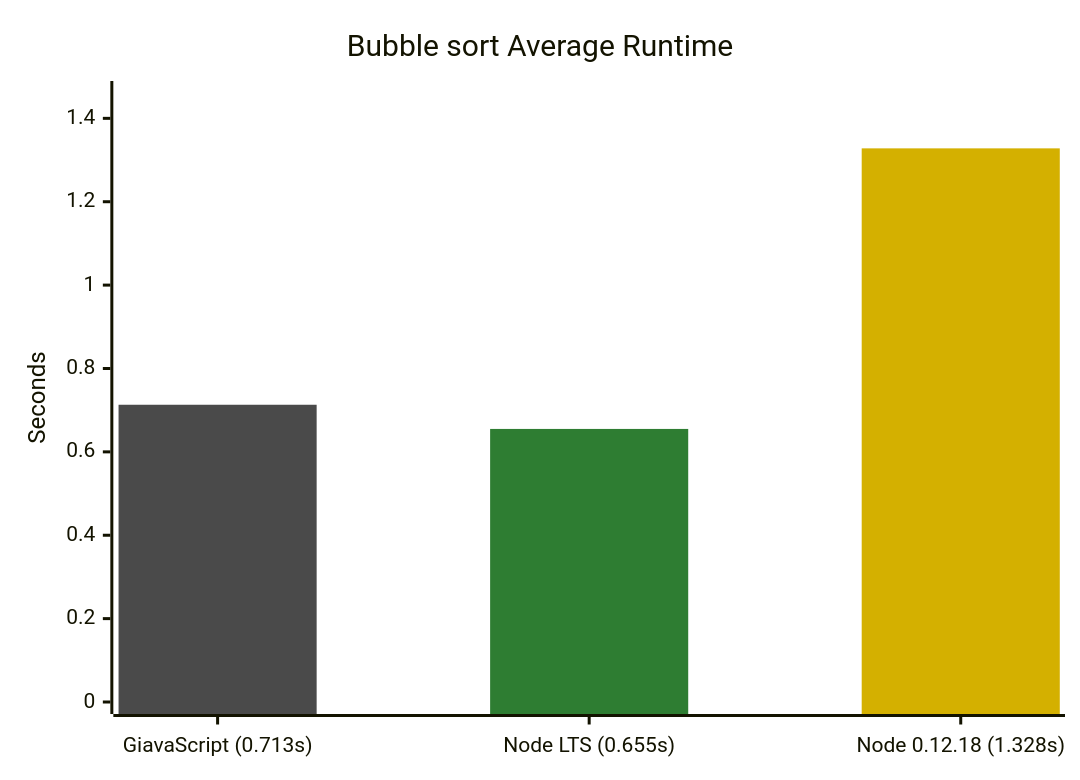
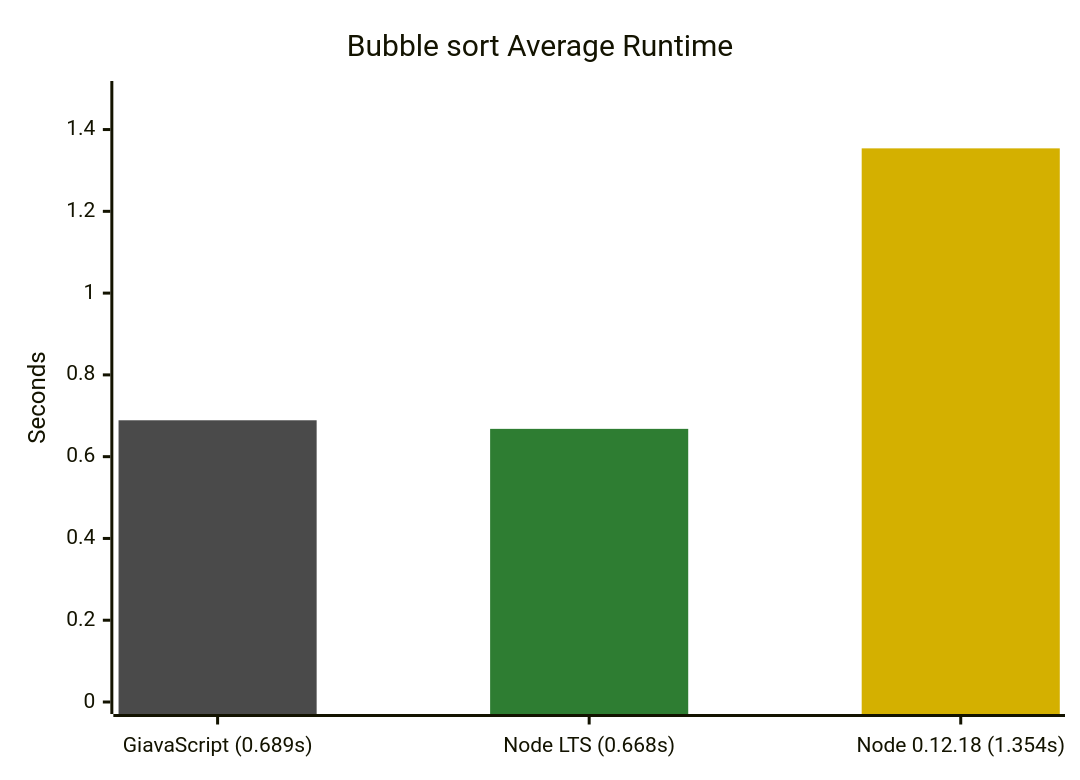
One commit to GiavaScript/GiavaScript changed the first of 5 diagrams in README.md. Above: the diagram before and after it, drawn with Mermaid. The commit also changed other lines of this file and 1 other file, not shown here.

````diff
--- a/README.md
+++ b/README.md
@@ -77,10 +79,10 @@
 ```mermaid
 %%{init: {"themeVariables": {"xyChart": {"plotColorPalette": "#4a4a4a, #2e7d32, #d4b000"}}}}%%
 xychart-beta
     title "Bubble sort Average Runtime"
-    x-axis ["GiavaScript (0.713s)", "Node LTS (0.655s)", "Node 0.12.18 (1.328s)"]
-    y-axis "Seconds" 0 --> 1.4608
-    bar [0.713, -1, -1]
-    bar [-1, 0.655, -1]
-    bar [-1, -1, 1.328]
+    x-axis ["GiavaScript (0.689s)", "Node LTS (0.668s)", "Node 0.12.18 (1.354s)"]
+    y-axis "Seconds" 0 --> 1.4894
+    bar [0.689, -1, -1]
+    bar [-1, 0.668, -1]
+    bar [-1, -1, 1.354]
 ```
````
